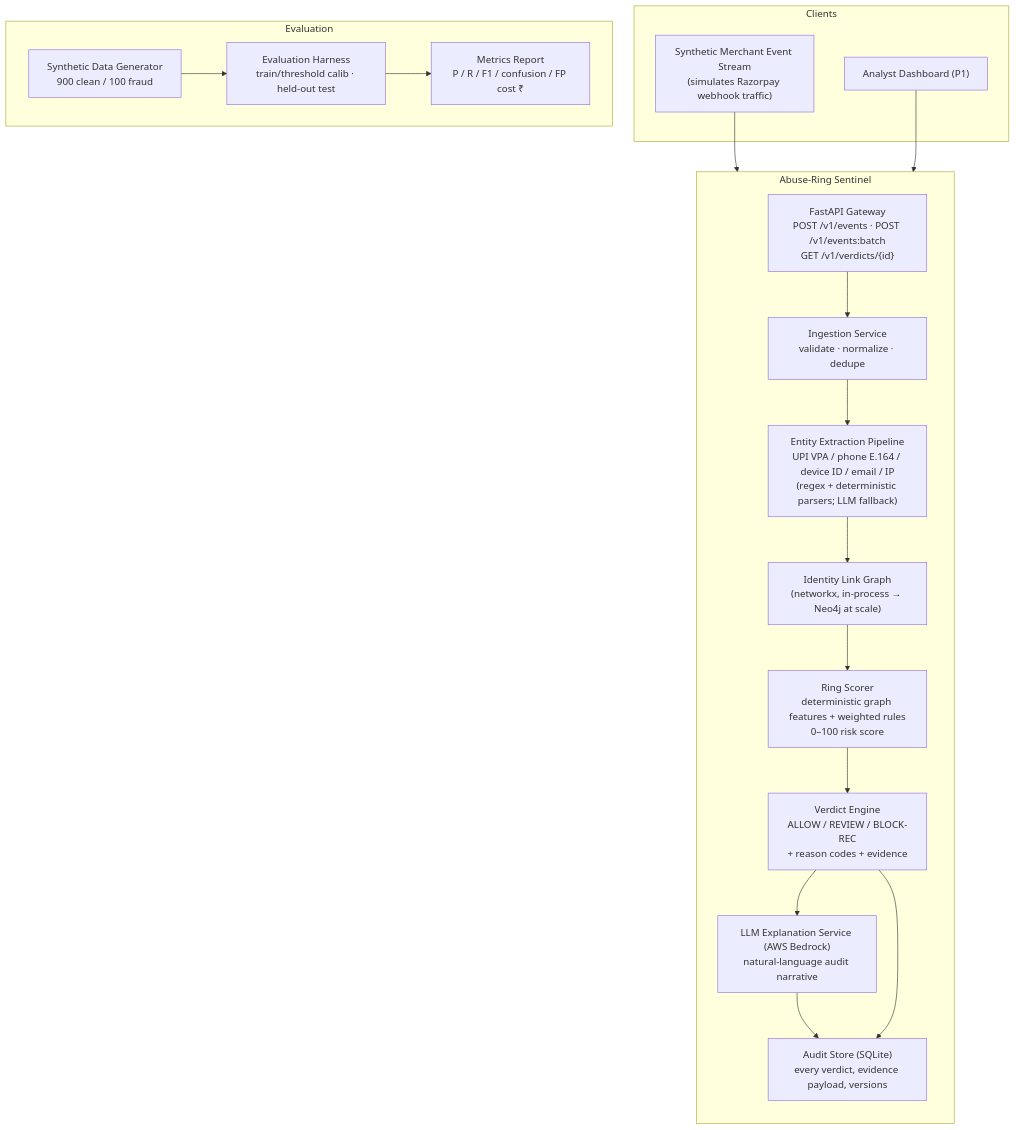
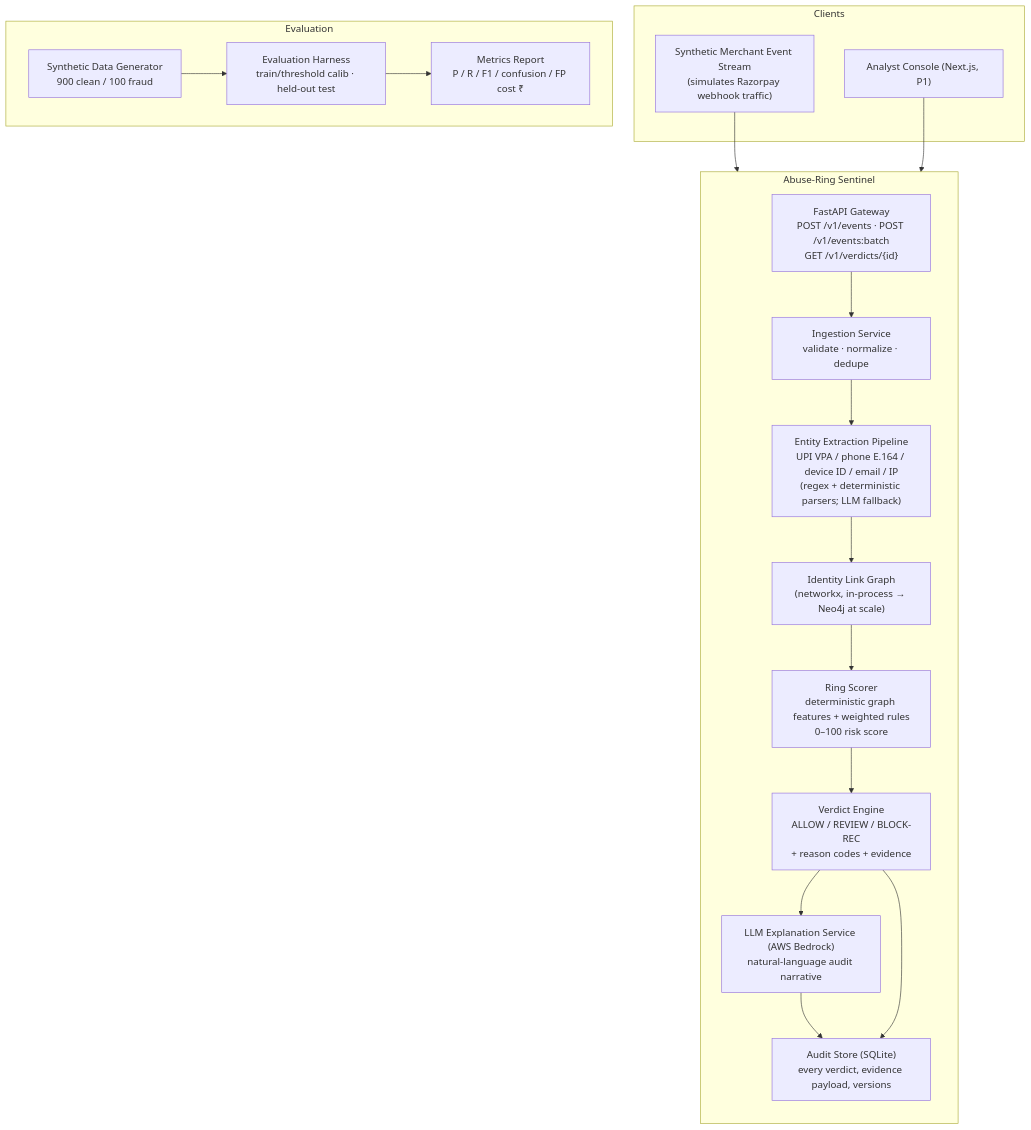
One commit to Prakhar2025/Sentinel changed the first of 2 diagrams in docs/03-architecture.md. Above: the diagram before and after it, drawn with Mermaid. The commit also changed other lines of this file and 6 other files, not shown here.

Commit message:
docs: remove line cap, add adversarial pack, baseline comparator, Next.js console

````diff
--- a/docs/03-architecture.md
+++ b/docs/03-architecture.md
@@ -9,32 +9,32 @@
 ```mermaid
 flowchart TB
     subgraph Clients
         SIM["Synthetic Merchant Event Stream<br/>(simulates Razorpay webhook traffic)"]
-        API_C["Analyst Dashboard (P1)"]
+        API_C["Analyst Console (Next.js, P1)"]
     end
 
     subgraph "Abuse-Ring Sentinel"
         direction TB
         GW["FastAPI Gateway<br/>POST /v1/events · POST /v1/events:batch<br/>GET /v1/verdicts/{id}"]
         ING["Ingestion Service<br/>validate · normalize · dedupe"]
         EXT["Entity Extraction Pipeline<br/>UPI VPA / phone E.164 / device ID / email / IP<br/>(regex + deterministic parsers; LLM fallback)"]
         GRAPH["Identity Link Graph<br/>(networkx, in-process → Neo4j at scale)"]
         SCORE["Ring Scorer<br/>deterministic graph features + weighted rules<br/>0–100 risk score"]
         VERDICT["Verdict Engine<br/>ALLOW / REVIEW / BLOCK-REC<br/>+ reason codes + evidence"]
         LLMX["LLM Explanation Service (AWS Bedrock)<br/>natural-language audit narrative"]
         AUDIT["Audit Store (SQLite)<br/>every verdict, evidence payload, versions"]
     end
 
     subgraph Evaluation
         GEN["Synthetic Data Generator<br/>900 clean / 100 fraud"]
         EVAL["Evaluation Harness<br/>train/threshold calib · held-out test"]
         REPORT["Metrics Report<br/>P / R / F1 / confusion / FP cost ₹"]
     end
 
     SIM --> GW --> ING --> EXT --> GRAPH
     GRAPH --> SCORE --> VERDICT
     VERDICT --> LLMX --> AUDIT
     VERDICT --> AUDIT
     GEN --> EVAL --> REPORT
     API_C --> GW
 ```
````
